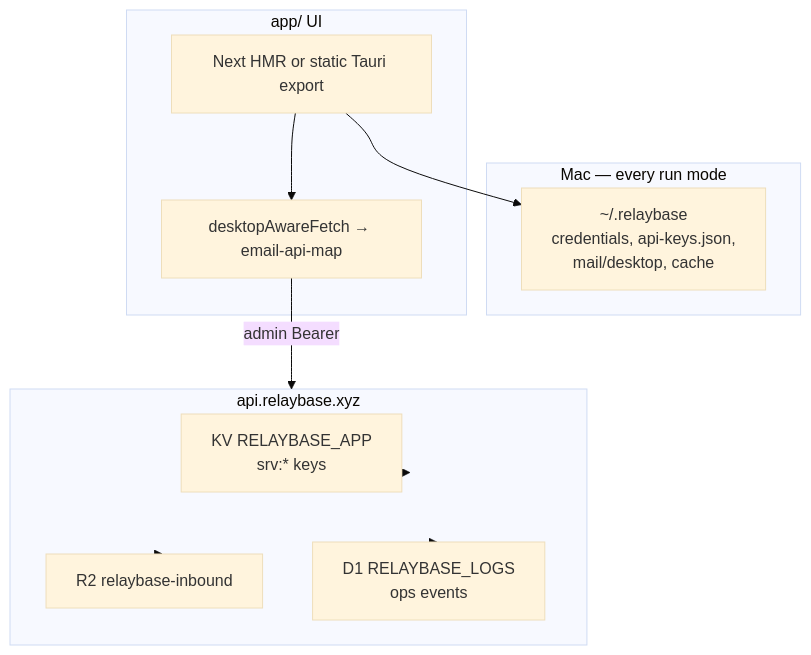
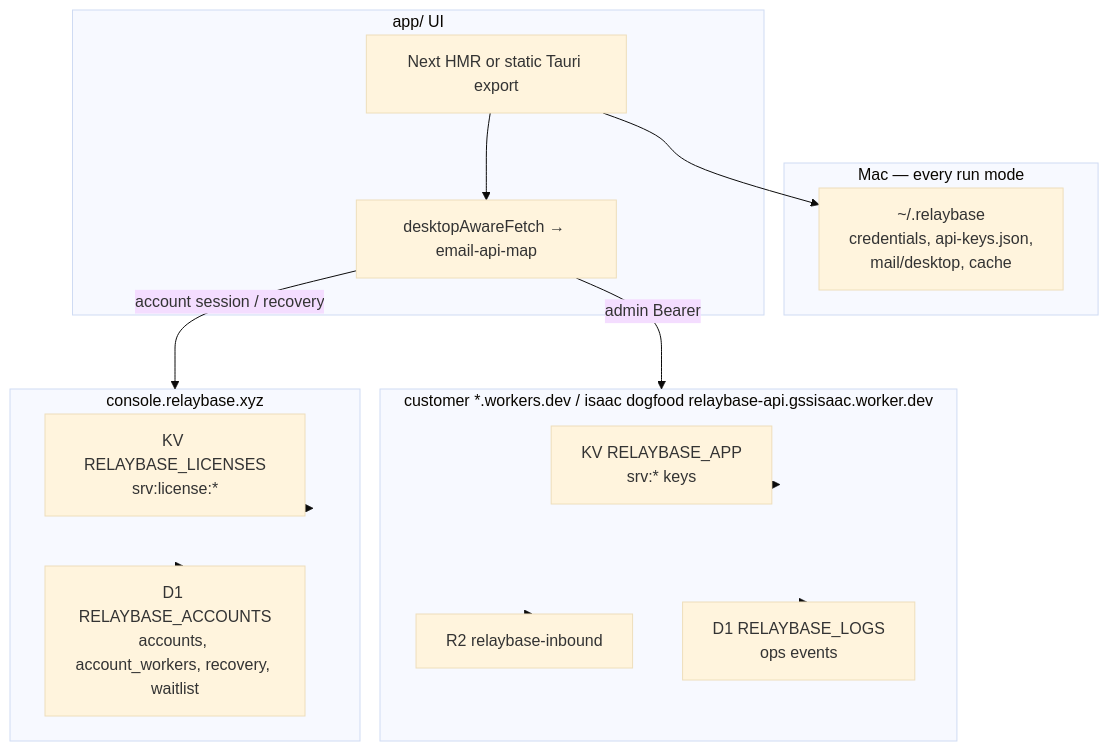
Before and after one commit to gssisaac/relaybase: the diagram in docs/storage-architecture.md, drawn with Mermaid (base theme). The commit also changed other lines of this file and 5 other files, not shown here.

First line of the commit message:
Docs: central console split + auto-install + recovery (E)

````diff
--- a/docs/storage-architecture.md
+++ b/docs/storage-architecture.md
@@ -22,21 +23,28 @@
 ```mermaid
 flowchart TB
   subgraph local [Mac — every run mode]
     Home["~/.relaybase\ncredentials, api-keys.json,\nmail/desktop, cache"]
   end
   subgraph client [app/ UI]
     UI["Next HMR or static Tauri export"]
     Fetch["desktopAwareFetch → email-api-map"]
   end
-  subgraph worker [api.relaybase.xyz]
+  subgraph worker [customer *.workers.dev / isaac dogfood relaybase-api.gssisaac.worker.dev]
     KV["KV RELAYBASE_APP\nsrv:* keys"]
     R2["R2 relaybase-inbound"]
     D1["D1 RELAYBASE_LOGS\nops events"]
   end
+  subgraph console [console.relaybase.xyz]
+    ConsoleKV["KV RELAYBASE_LICENSES\nsrv:license:*"]
+    ConsoleD1["D1 RELAYBASE_ACCOUNTS\naccounts, account_workers, recovery, waitlist"]
+  end
   UI --> Fetch
   Fetch -->|"admin Bearer"| worker
+  Fetch -->|"account session / recovery"| console
   UI --> Home
   worker --> KV
   worker --> R2
   worker --> D1
+  console --> ConsoleKV
+  console --> ConsoleD1
 ```
````
